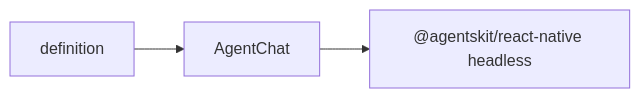
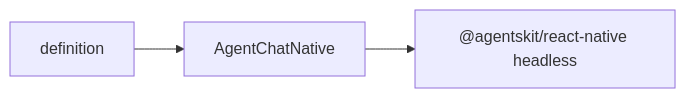
The diagram in packages/react-native/README.md (AgentsKit-io/agentskit-chat), drawn with Mermaid before and after one commit. The commit also changed other lines of this file and 5 other files, not shown here.

````diff
--- a/packages/react-native/README.md
+++ b/packages/react-native/README.md
@@ -28,5 +28,5 @@
 ```mermaid
 flowchart LR
-  D["definition"] --> A["AgentChat"]
+  D["definition"] --> A["AgentChatNative"]
   A --> H["@agentskit/react-native headless"]
 ```
````
